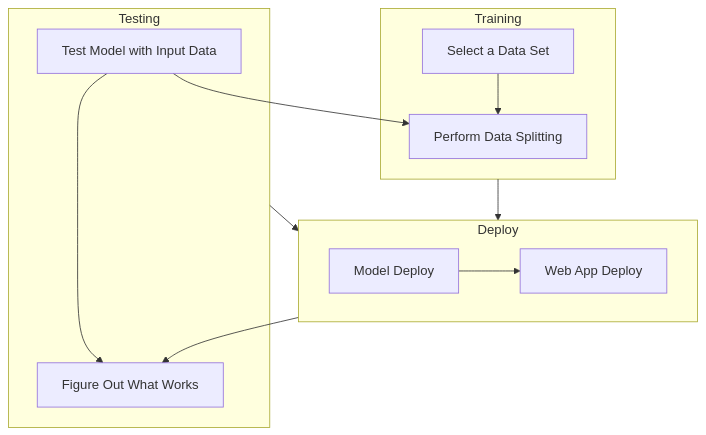
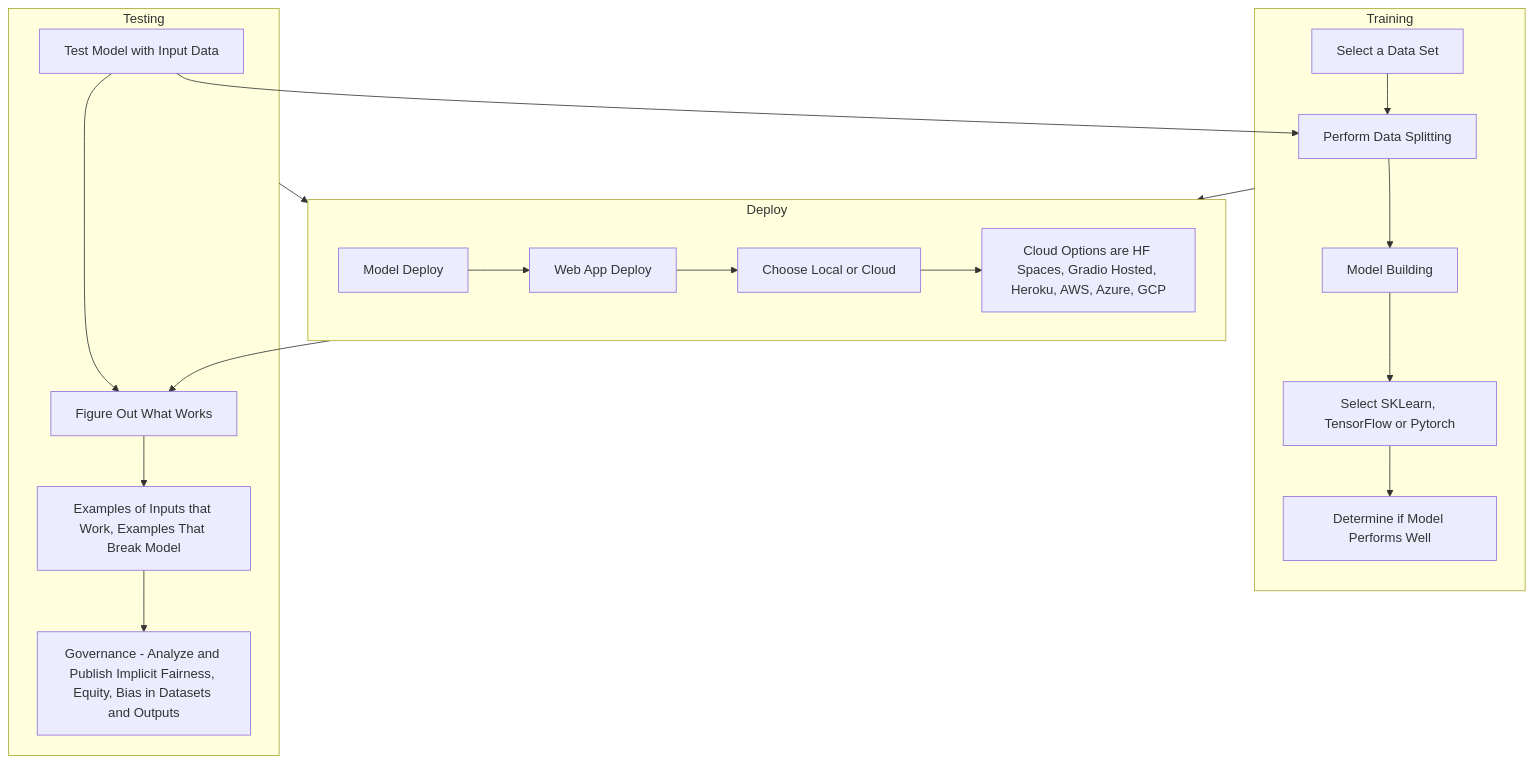
The first of 2 diagrams in README.md (AaronCWacker/Yggdrasil), drawn with Mermaid before and after one commit.

````diff
--- a/README.md
+++ b/README.md
@@ -8,16 +8,23 @@
 ```mermaid
 flowchart TB
     c1-->a2
     subgraph one[Training]
     a1[Select a Data Set]-->a2[Perform Data Splitting]
+    a2-->a3[Model Building]
+    a3-->a4[Select SKLearn, TensorFlow or Pytorch]
+    a4-->a5[Determine if Model Performs Well]
     end
     subgraph two[Deploy]
     b1[Model Deploy]-->b2[Web App Deploy]
+    b2-->b3[Choose Local or Cloud]
+    b3-->b4[Cloud Options are HF Spaces, Gradio Hosted, Heroku, AWS, Azure, GCP]
     end
     subgraph three[Testing]
     c1[Test Model with Input Data]-->c2[Figure Out What Works]
+    c2-->c3[Examples of Inputs that Work, Examples That Break Model]
+    c3-->c4[Governance - Analyze and Publish Implicit Fairness, Equity, Bias in Datasets and Outputs]
     end
     one --> two
     three --> two
     two --> c2
 ```
````
